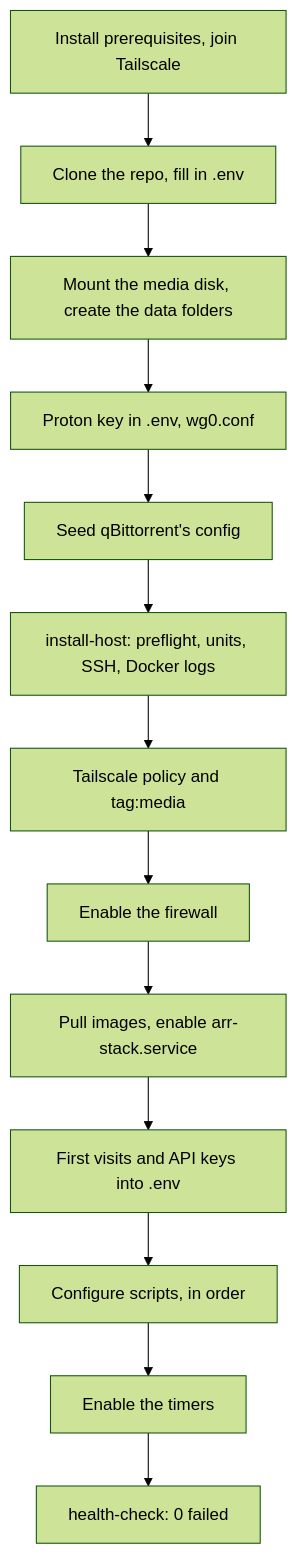
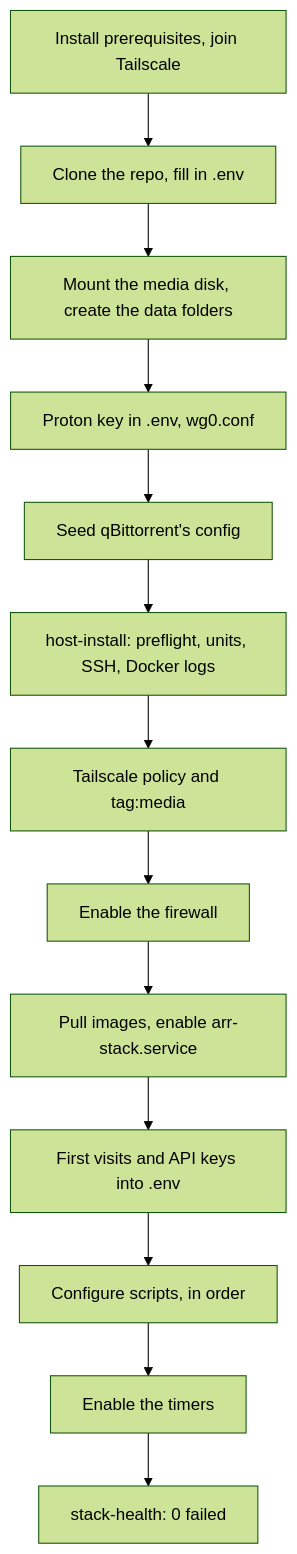
One commit to bugrauluyurt/homelab-media-stack changed the diagram in docs/getting-started.md. Above: the diagram before and after it, drawn with Mermaid (forest theme). The commit also changed other lines of this file and 200 other files, not shown here.

````diff
--- a/docs/getting-started.md
+++ b/docs/getting-started.md
@@ -7,15 +7,15 @@
 ```mermaid
 flowchart TD
   prereq["Install prerequisites, join Tailscale"] --> clone["Clone the repo, fill in .env"]
   clone --> disk["Mount the media disk, create the data folders"]
   disk --> vpn["Proton key in .env, wg0.conf"]
   vpn --> seed["Seed qBittorrent's config"]
-  seed --> host["install-host: preflight, units, SSH, Docker logs"]
+  seed --> host["host-install: preflight, units, SSH, Docker logs"]
   host --> policy["Tailscale policy and tag:media"]
   policy --> fw["Enable the firewall"]
   fw --> start["Pull images, enable arr-stack.service"]
   start --> keys["First visits and API keys into .env"]
   keys --> configure["Configure scripts, in order"]
   configure --> timers["Enable the timers"]
-  timers --> health["health-check: 0 failed"]
+  timers --> health["stack-health: 0 failed"]
 ```
````
